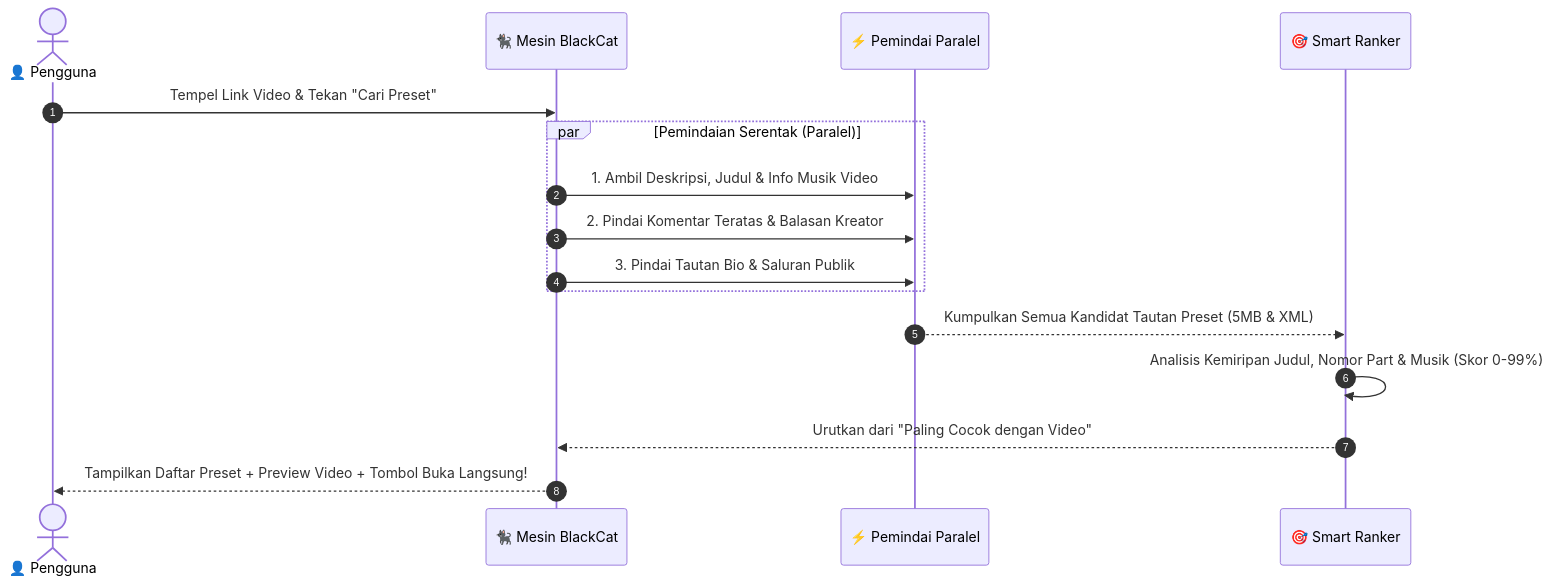
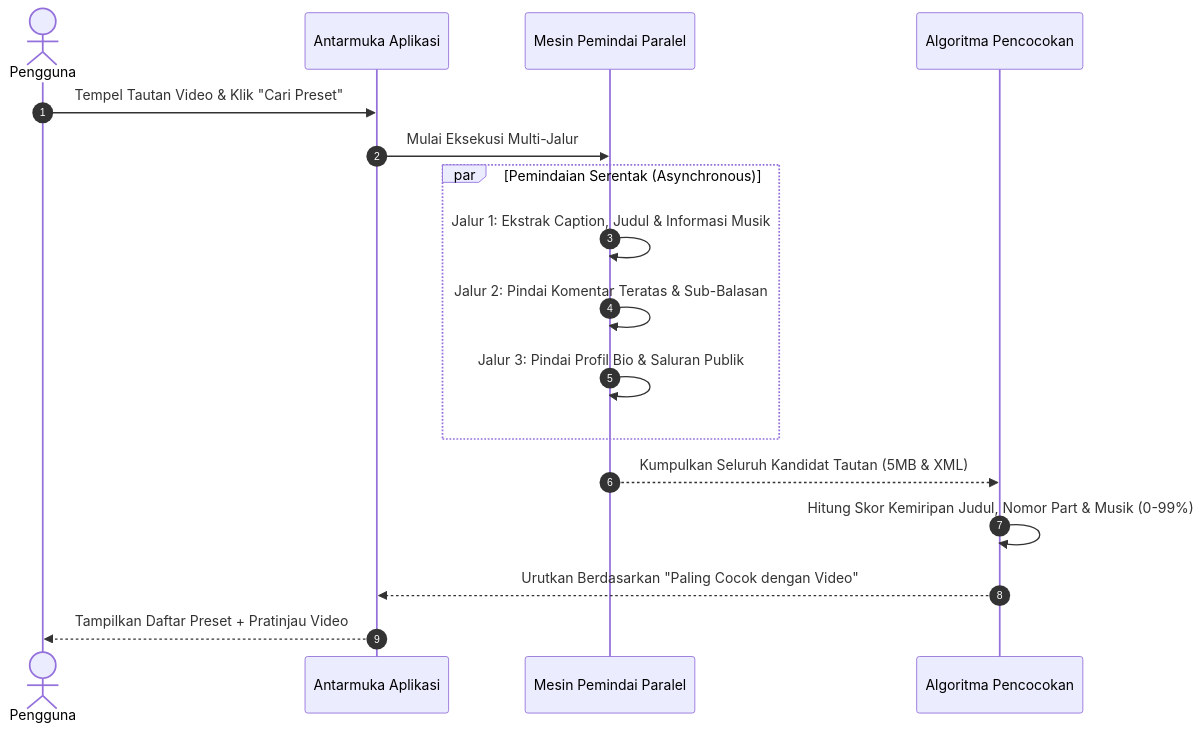
Before and after one commit to ClayAnonim/DwonBlackCat: the second of 2 diagrams in README.md, drawn with Mermaid. The commit also changed other lines of this file, not shown here.

````diff
--- a/README.md
+++ b/README.md
@@ -125,21 +130,22 @@
 ```mermaid
 sequenceDiagram
     autonumber
-    actor User as 👤 Pengguna
-    participant App as 🐈‍⬛ Mesin BlackCat
-    participant Cloud as ⚡ Pemindai Paralel
-    participant Match as 🎯 Smart Ranker
+    actor User as Pengguna
+    participant UI as Antarmuka Aplikasi
+    participant Engine as Mesin Pemindai Paralel
+    participant Ranker as Algoritma Pencocokan
 
-    User->>App: Tempel Link Video & Tekan "Cari Preset"
+    User->>UI: Tempel Tautan Video & Klik "Cari Preset"
+    UI->>Engine: Mulai Eksekusi Multi-Jalur
     
-    par Pemindaian Serentak (Paralel)
-        App->>Cloud: 1. Ambil Deskripsi, Judul & Info Musik Video
-        App->>Cloud: 2. Pindai Komentar Teratas & Balasan Kreator
-        App->>Cloud: 3. Pindai Tautan Bio & Saluran Publik
+    par Pemindaian Serentak (Asynchronous)
+        Engine->>Engine: Jalur 1: Ekstrak Caption, Judul & Informasi Musik
+        Engine->>Engine: Jalur 2: Pindai Komentar Teratas & Sub-Balasan
+        Engine->>Engine: Jalur 3: Pindai Profil Bio & Saluran Publik
     end
 
-    Cloud-->>Match: Kumpulkan Semua Kandidat Tautan Preset (5MB & XML)
-    Match->>Match: Analisis Kemiripan Judul, Nomor Part & Musik (Skor 0-99%)
-    Match-->>App: Urutkan dari "Paling Cocok dengan Video"
-    App-->>User: Tampilkan Daftar Preset + Preview Video + Tombol Buka Langsung!
+    Engine-->>Ranker: Kumpulkan Seluruh Kandidat Tautan (5MB & XML)
+    Ranker->>Ranker: Hitung Skor Kemiripan Judul, Nomor Part & Musik (0-99%)
+    Ranker-->>UI: Urutkan Berdasarkan "Paling Cocok dengan Video"
+    UI-->>User: Tampilkan Daftar Preset + Pratinjau Video
 ```
````
